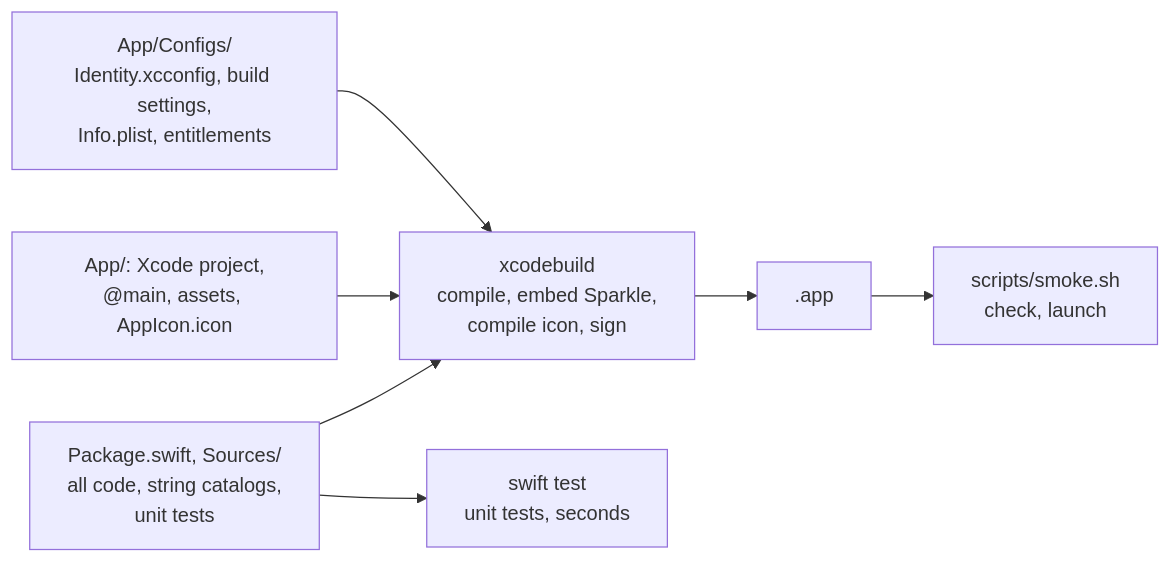
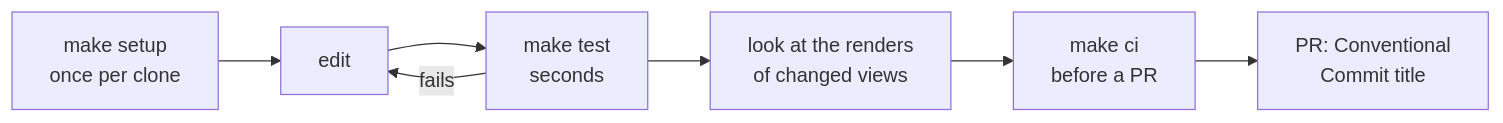
One commit to chengzi-io/macos-swiftui-spm-template changed the diagram in docs/DEVELOPMENT.md. Above: the diagram before and after it, drawn with Mermaid. The commit also changed other lines of this file and 7 other files, not shown here.

First line of the commit message:
docs: trim README, DEVELOPMENT and ARCHITECTURE to one topic each (#7)

````diff
--- a/docs/DEVELOPMENT.md
+++ b/docs/DEVELOPMENT.md
@@ -19,8 +8,9 @@
 ```mermaid
 flowchart LR
-    pkg["Package.swift, Sources/<br/>all code, string catalogs,<br/>unit tests"] --> xb
-    shell["App/: Xcode project,<br/>@main, assets, AppIcon.icon"] --> xb
-    cfg["App/Configs/<br/>Identity.xcconfig, build settings,<br/>Info.plist, entitlements"] --> xb
-    xb["xcodebuild<br/>compile, embed Sparkle,<br/>compile icon, sign"] --> app[".app"] --> smoke["scripts/smoke.sh<br/>check, launch"]
-    pkg --> st["swift test<br/>unit tests, seconds"]
+    setup["make setup<br/>once per clone"] --> edit["edit"]
+    edit --> test["make test<br/>seconds"]
+    test -->|fails| edit
+    test --> look["look at the renders<br/>of changed views"]
+    look --> ci["make ci<br/>before a PR"]
+    ci --> pr["PR: Conventional<br/>Commit title"]
 ```
````
